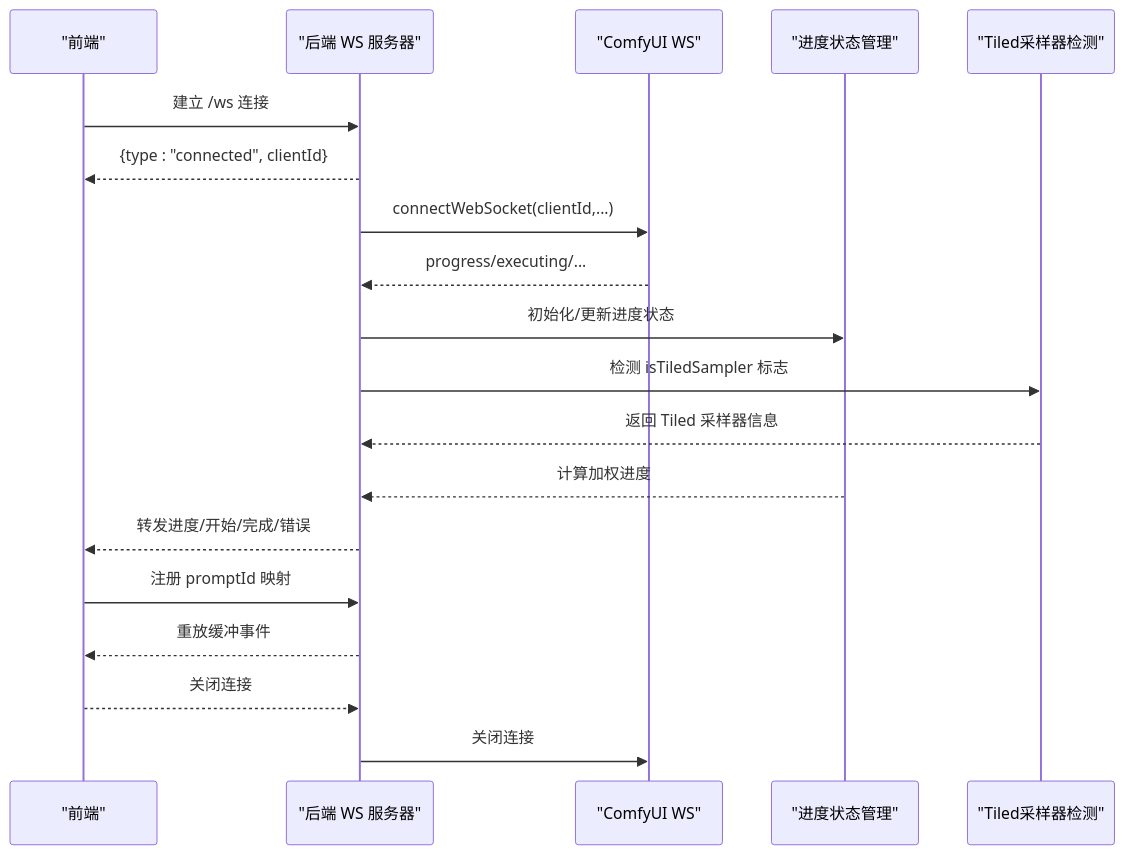
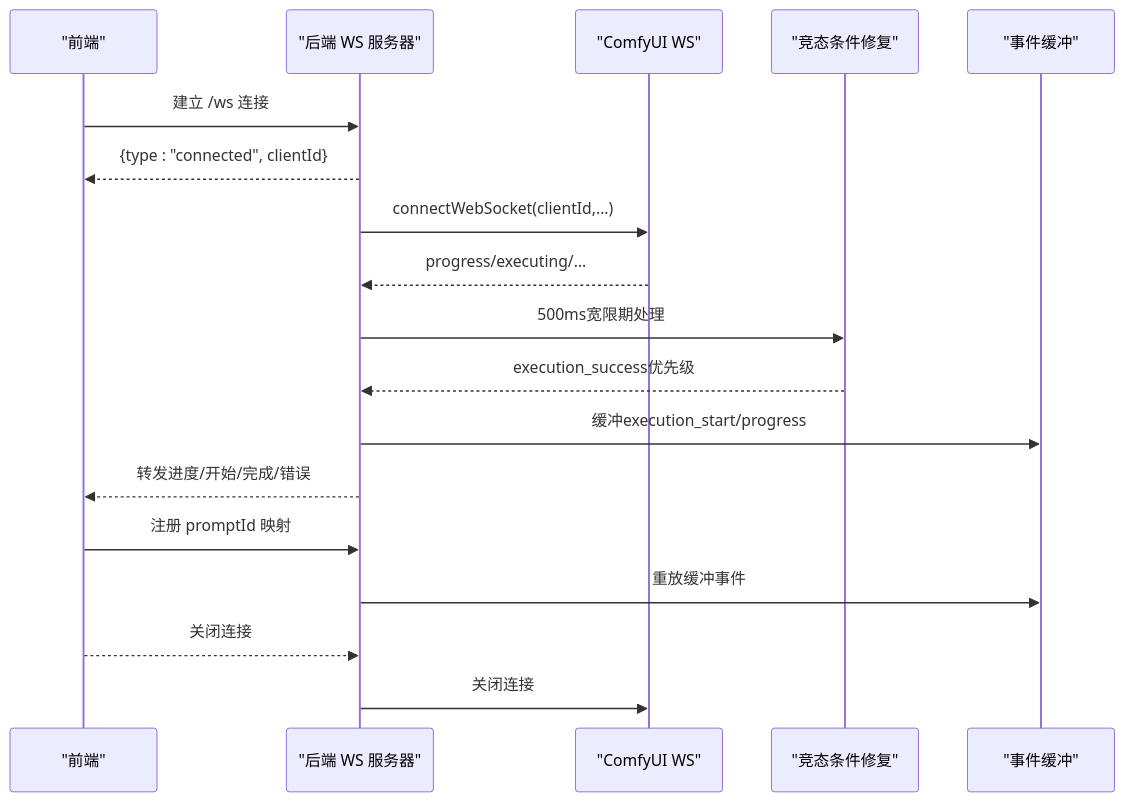
Before and after one commit to billye220670/CorineKit_Pix2Real: the fourth of 7 diagrams in .qoder/repowiki/zh/content/后端服务/ComfyUI 集成.md, drawn with Mermaid. The commit also changed other lines of this file and 11 other files, not shown here.

````diff
--- a/.qoder/repowiki/zh/content/后端服务/ComfyUI 集成.md
+++ b/.qoder/repowiki/zh/content/后端服务/ComfyUI 集成.md
@@ -250,21 +265,20 @@
 ```mermaid
 sequenceDiagram
 participant FE as "前端"
 participant WS as "后端 WS 服务器"
 participant CW as "ComfyUI WS"
-participant PS as "进度状态管理"
-participant TS as "Tiled采样器检测"
+participant RF as "竞态条件修复"
+participant EB as "事件缓冲"
 FE->>WS : 建立 /ws 连接
 WS-->>FE : {type : "connected", clientId}
 WS->>CW : connectWebSocket(clientId,...)
 CW-->>WS : progress/executing/...
-WS->>PS : 初始化/更新进度状态
-WS->>TS : 检测 isTiledSampler 标志
-TS-->>WS : 返回 Tiled 采样器信息
-PS-->>WS : 计算加权进度
+WS->>RF : 500ms宽限期处理
+RF-->>WS : execution_success优先级
+WS->>EB : 缓冲execution_start/progress
 WS-->>FE : 转发进度/开始/完成/错误
 FE->>WS : 注册 promptId 映射
-WS-->>FE : 重放缓冲事件
+WS->>EB : 重放缓冲事件
 FE-->>WS : 关闭连接
 WS->>CW : 关闭连接
 ```
````
